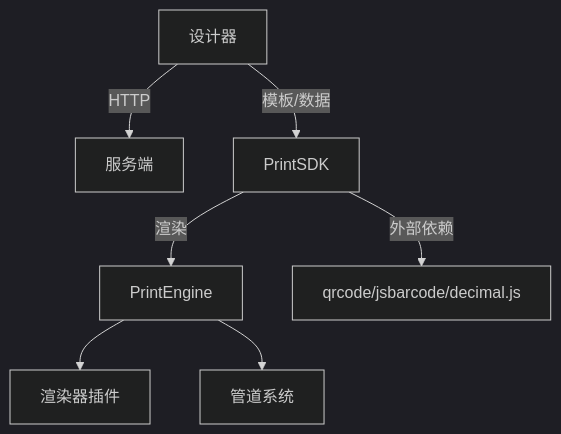
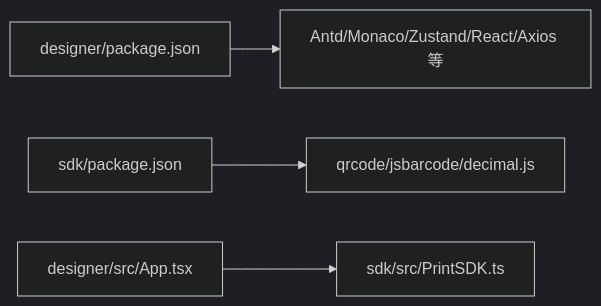
One commit to joker-yjc/printer changed the eighth of 8 diagrams in .qoder/repowiki/zh/content/项目概述/项目概述.md. Above: the diagram before and after it, drawn with Mermaid (dark theme). The commit also changed other lines of this file and 86 other files, not shown here.

````diff
--- a/.qoder/repowiki/zh/content/项目概述/项目概述.md
+++ b/.qoder/repowiki/zh/content/项目概述/项目概述.md
@@ -336,9 +281,6 @@
 ```mermaid
-graph TB
-D["设计器"] --> |HTTP| S["服务端"]
-D --> |模板/数据| SDK["PrintSDK"]
-SDK --> |渲染| PE["PrintEngine"]
-PE --> R["渲染器插件"]
-PE --> P["管道系统"]
-SDK --> |外部依赖| EXT["qrcode/jsbarcode/decimal.js"]
+graph LR
+D_PKG["designer/package.json"] --> D_DEPS["Antd/Monaco/Zustand/React/Axios 等"]
+S_PKG["sdk/package.json"] --> S_DEPS["qrcode/jsbarcode/decimal.js"]
+D_APP["designer/src/App.tsx"] --> S_SDK["sdk/src/PrintSDK.ts"]
 ```
````
